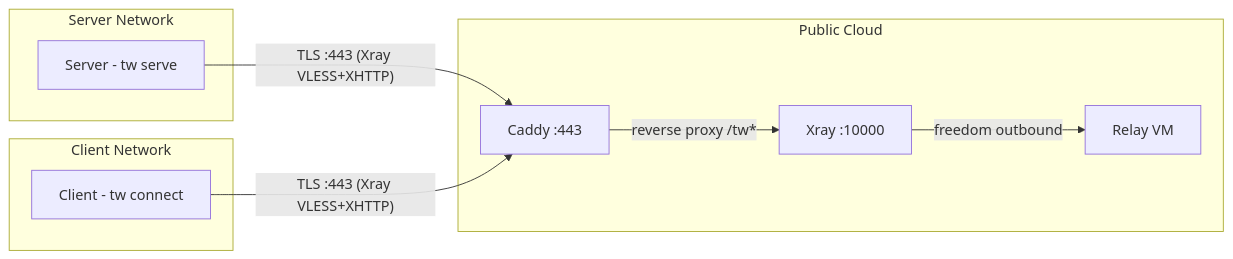
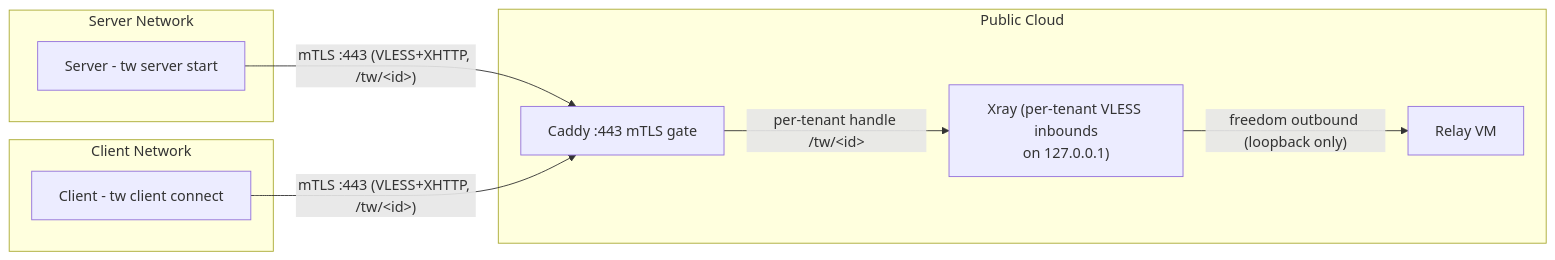
One commit to Tunnel-Whisperer/Tunnel-Whisperer changed the diagram in docs/architecture/index.md. Above: the diagram before and after it, drawn with Mermaid. The commit also changed other lines of this file and 45 other files, not shown here.

````diff
--- a/docs/architecture/index.md
+++ b/docs/architecture/index.md
@@ -7,21 +7,21 @@
 ```mermaid
 graph LR
     subgraph Server Network
-        S[Server - tw serve]
+        S[Server - tw server start]
     end
 
     subgraph Public Cloud
         R[Relay VM]
-        C_[Caddy :443]
-        X[Xray :10000]
+        C_[Caddy :443 mTLS gate]
+        X["Xray (per-tenant VLESS inbounds<br/>on 127.0.0.1)"]
     end
 
     subgraph Client Network
-        CL[Client - tw connect]
+        CL[Client - tw client connect]
     end
 
-    S -- "TLS :443 (Xray VLESS+XHTTP)" --> C_
-    CL -- "TLS :443 (Xray VLESS+XHTTP)" --> C_
-    C_ -- "reverse proxy /tw*" --> X
-    X -- "freedom outbound" --> R
+    S -- "mTLS :443 (VLESS+XHTTP, /tw/&lt;id&gt;)" --> C_
+    CL -- "mTLS :443 (VLESS+XHTTP, /tw/&lt;id&gt;)" --> C_
+    C_ -- "per-tenant handle /tw/&lt;id&gt;" --> X
+    X -- "freedom outbound (loopback only)" --> R
 ```
````
